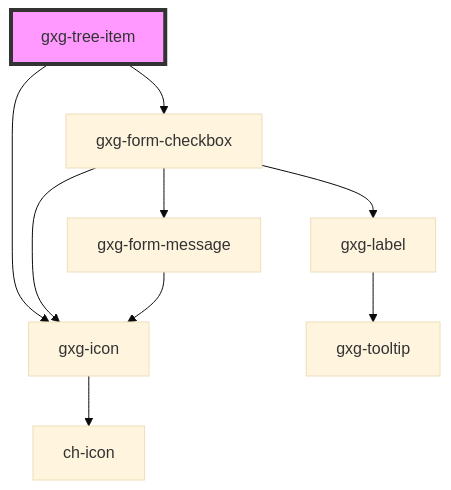
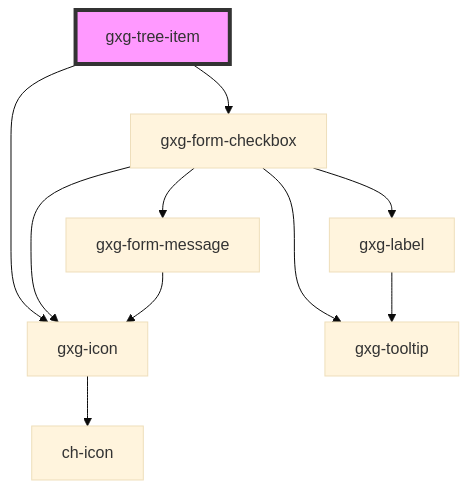
Before and after one commit to genexuslabs/gemini: the diagram in src/components/tree-item/readme.md, drawn with Mermaid (base theme). The commit also changed 19 other files, not shown here.

````diff
--- a/src/components/tree-item/readme.md
+++ b/src/components/tree-item/readme.md
@@ -70,12 +70,13 @@
 ```mermaid
 graph TD;
   gxg-tree-item --> gxg-icon
   gxg-tree-item --> gxg-form-checkbox
   gxg-icon --> ch-icon
   gxg-form-checkbox --> gxg-icon
   gxg-form-checkbox --> gxg-label
   gxg-form-checkbox --> gxg-form-message
+  gxg-form-checkbox --> gxg-tooltip
   gxg-label --> gxg-tooltip
   gxg-form-message --> gxg-icon
   style gxg-tree-item fill:#f9f,stroke:#333,stroke-width:4px
 ```
````
